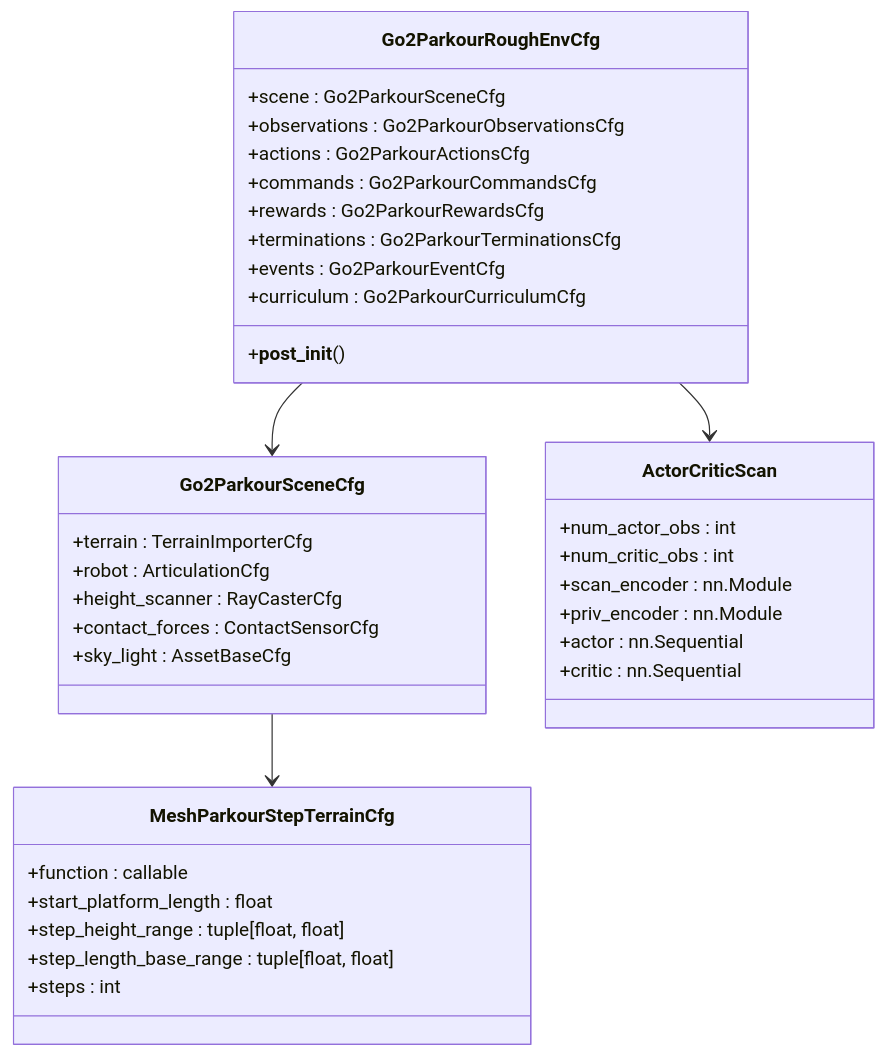
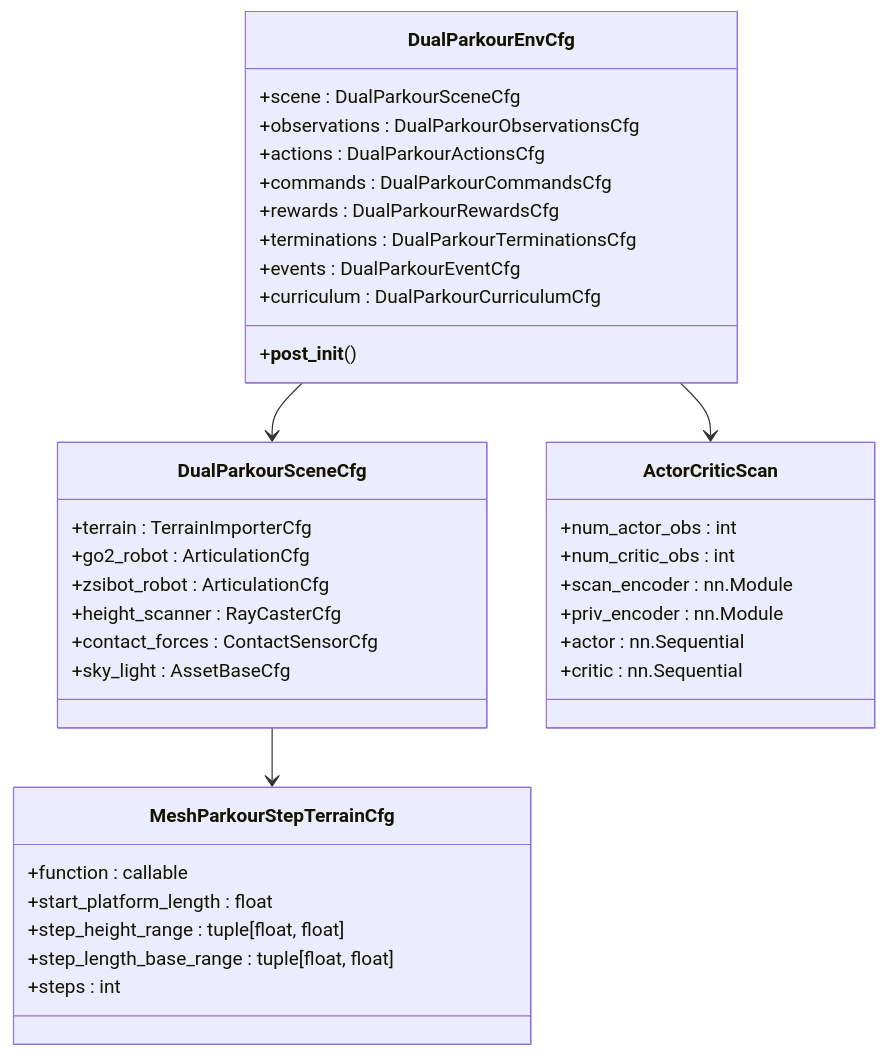
Before and after one commit to jayjayhust/robot_lab: the second of 15 diagrams in .qoder/repowiki/en/content/Task Configuration Framework/Velocity-Based Locomotion Tasks/Parkour Navigation System.md, drawn with Mermaid. The commit also changed other lines of this file and 9 other files, not shown here.

````diff
--- a/.qoder/repowiki/en/content/Task Configuration Framework/Velocity-Based Locomotion Tasks/Parkour Navigation System.md
+++ b/.qoder/repowiki/en/content/Task Configuration Framework/Velocity-Based Locomotion Tasks/Parkour Navigation System.md
@@ -119,39 +138,40 @@
 ```mermaid
 classDiagram
-class Go2ParkourRoughEnvCfg {
-+scene : Go2ParkourSceneCfg
-+observations : Go2ParkourObservationsCfg
-+actions : Go2ParkourActionsCfg
-+commands : Go2ParkourCommandsCfg
-+rewards : Go2ParkourRewardsCfg
-+terminations : Go2ParkourTerminationsCfg
-+events : Go2ParkourEventCfg
-+curriculum : Go2ParkourCurriculumCfg
+class DualParkourEnvCfg {
++scene : DualParkourSceneCfg
++observations : DualParkourObservationsCfg
++actions : DualParkourActionsCfg
++commands : DualParkourCommandsCfg
++rewards : DualParkourRewardsCfg
++terminations : DualParkourTerminationsCfg
++events : DualParkourEventCfg
++curriculum : DualParkourCurriculumCfg
 +__post_init__()
 }
-class Go2ParkourSceneCfg {
+class DualParkourSceneCfg {
 +terrain : TerrainImporterCfg
-+robot : ArticulationCfg
++go2_robot : ArticulationCfg
++zsibot_robot : ArticulationCfg
 +height_scanner : RayCasterCfg
 +contact_forces : ContactSensorCfg
 +sky_light : AssetBaseCfg
 }
 class MeshParkourStepTerrainCfg {
 +function : callable
 +start_platform_length : float
 +step_height_range : tuple[float, float]
 +step_length_base_range : tuple[float, float]
 +steps : int
 }
 class ActorCriticScan {
 +num_actor_obs : int
 +num_critic_obs : int
 +scan_encoder : nn.Module
 +priv_encoder : nn.Module
 +actor : nn.Sequential
 +critic : nn.Sequential
 }
-Go2ParkourRoughEnvCfg --> Go2ParkourSceneCfg
-Go2ParkourSceneCfg --> MeshParkourStepTerrainCfg
-Go2ParkourRoughEnvCfg --> ActorCriticScan
+DualParkourEnvCfg --> DualParkourSceneCfg
+DualParkourSceneCfg --> MeshParkourStepTerrainCfg
+DualParkourEnvCfg --> ActorCriticScan
 ```
````
